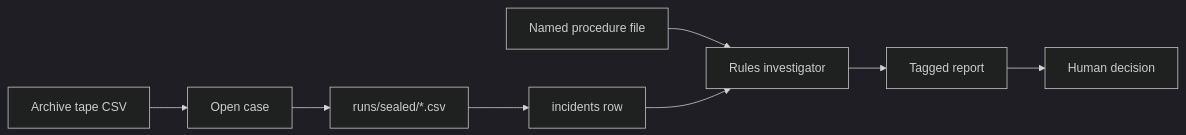
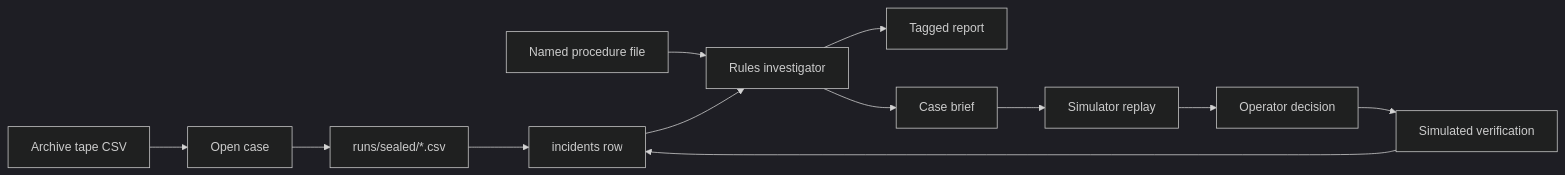
One commit to pchung39/orbit changed the diagram in README.md. Above: the diagram before and after it, drawn with Mermaid (dark theme). The commit also changed other lines of this file and 34 other files, not shown here.

First line of the commit message:
Rebuild the case page around a structured investigation brief.

````diff
--- a/README.md
+++ b/README.md
@@ -112,15 +124,19 @@
 ```mermaid
 flowchart LR
   Archive[Archive tape CSV]
   Open[Open case]
   Seal[runs/sealed/*.csv]
   Case[incidents row]
   Proc[Named procedure file]
 
   Archive --> Open
   Open --> Seal --> Case
   Proc --> Investigate[Rules investigator]
   Case --> Investigate
   Investigate --> Report[Tagged report]
-  Report --> Decision[Human decision]
+  Investigate --> Brief[Case brief]
+  Brief --> Replay[Simulator replay]
+  Replay --> Decision[Operator decision]
+  Decision --> Verify[Simulated verification]
+  Verify --> Case
 ```
````
